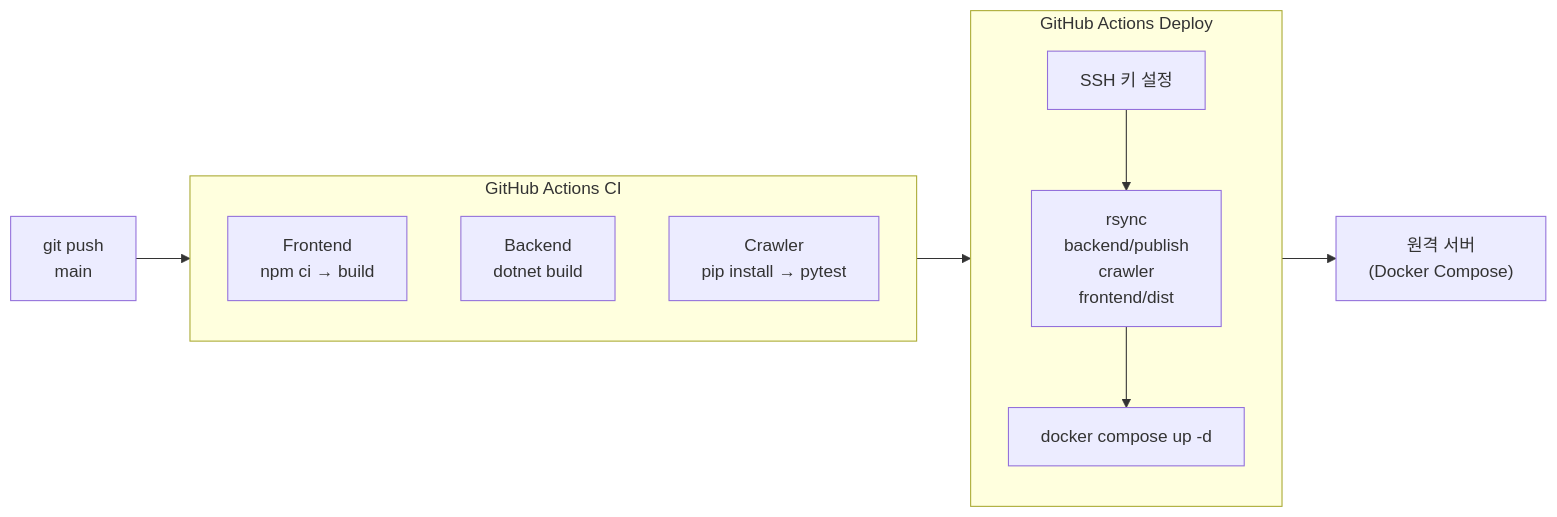
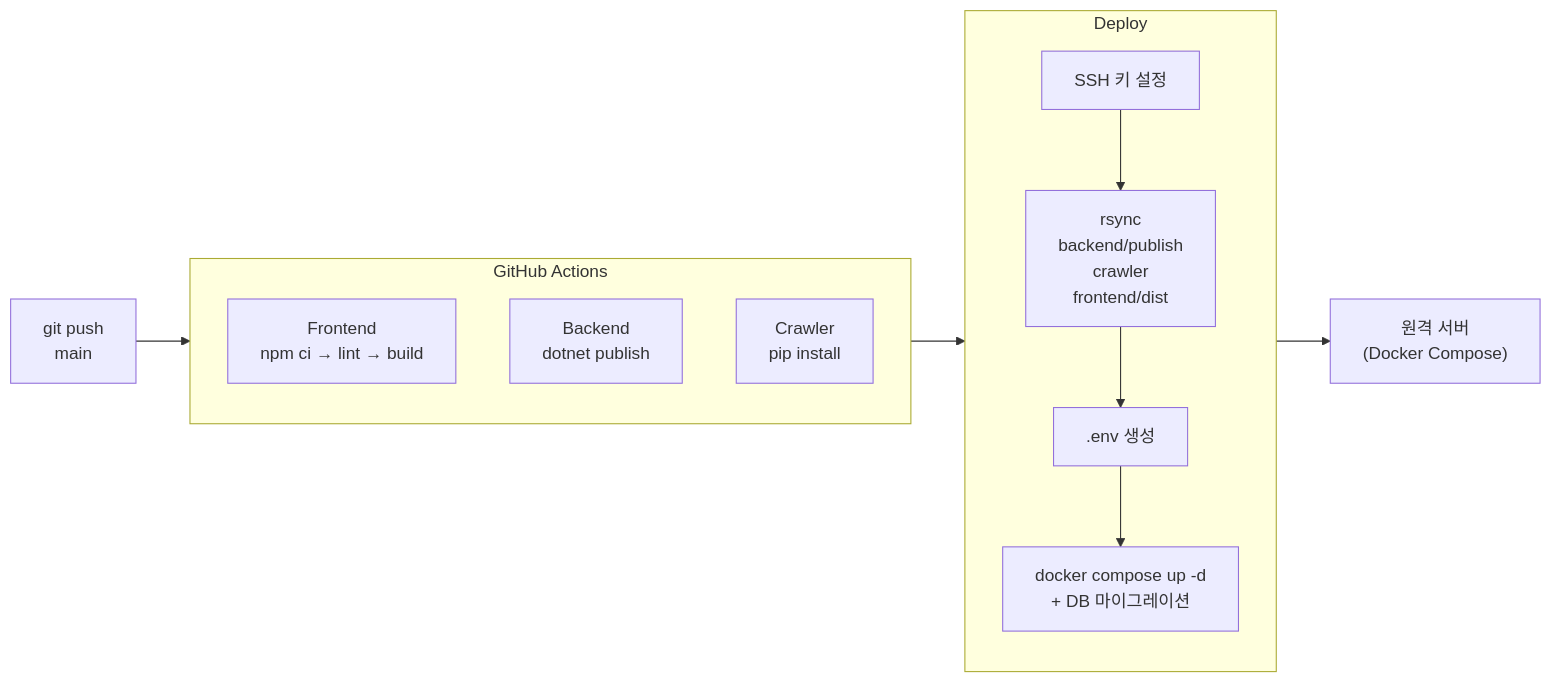
The sixth of 7 diagrams in README.md (ygyun3937/agri-market-hub), drawn with Mermaid before and after one commit. The commit also changed other lines of this file, not shown here.

First line of the commit message:
docs: README 경매분석 기능 추가 (머메이드 다이어그램 포함)

````diff
--- a/README.md
+++ b/README.md
@@ -163,23 +246,24 @@
 ```mermaid
 flowchart LR
     Push["git push\nmain"] --> CI
 
-    subgraph CI["GitHub Actions CI"]
+    subgraph CI["GitHub Actions"]
         direction TB
-        FE["Frontend\nnpm ci → build"] 
-        BE["Backend\ndotnet build"]
-        CW["Crawler\npip install → pytest"]
+        FE["Frontend\nnpm ci → lint → build"]
+        BE["Backend\ndotnet publish"]
+        CW["Crawler\npip install"]
     end
 
     CI --> Deploy
 
-    subgraph Deploy["GitHub Actions Deploy"]
+    subgraph Deploy["Deploy"]
         direction TB
         SSH["SSH 키 설정"]
         Upload["rsync\nbackend/publish\ncrawler\nfrontend/dist"]
-        Restart["docker compose up -d"]
-        SSH --> Upload --> Restart
+        Env[".env 생성"]
+        Restart["docker compose up -d\n+ DB 마이그레이션"]
+        SSH --> Upload --> Env --> Restart
     end
 
     Deploy --> Prod["원격 서버\n(Docker Compose)"]
 ```
````
